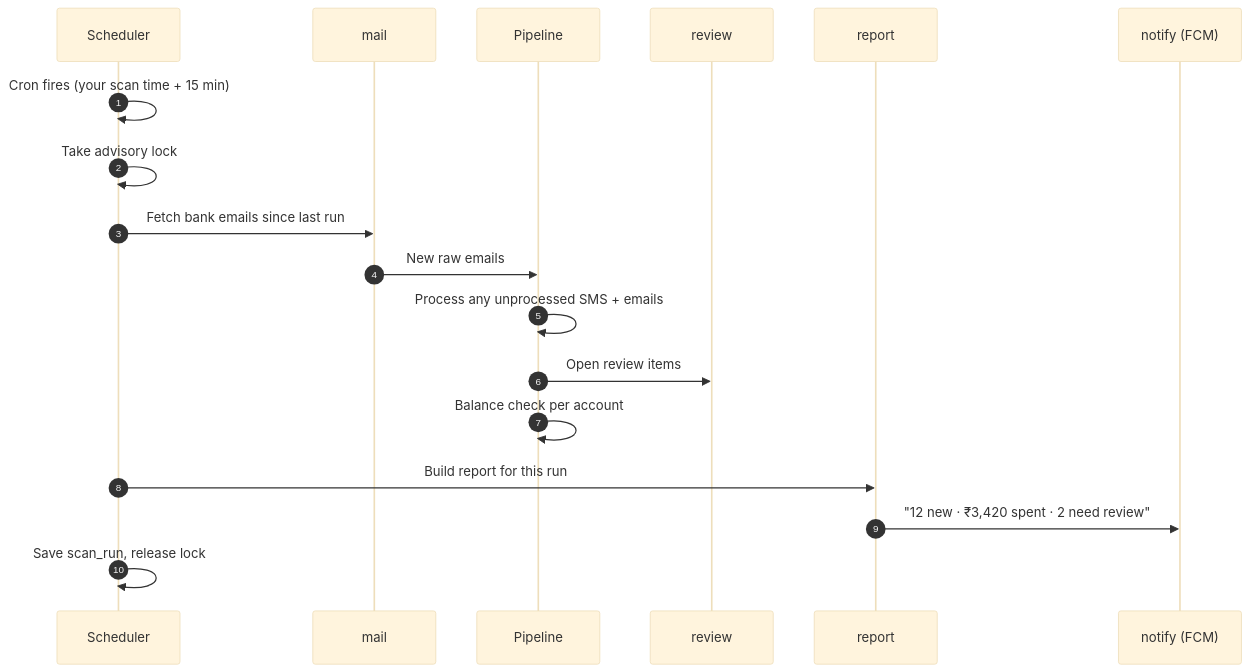
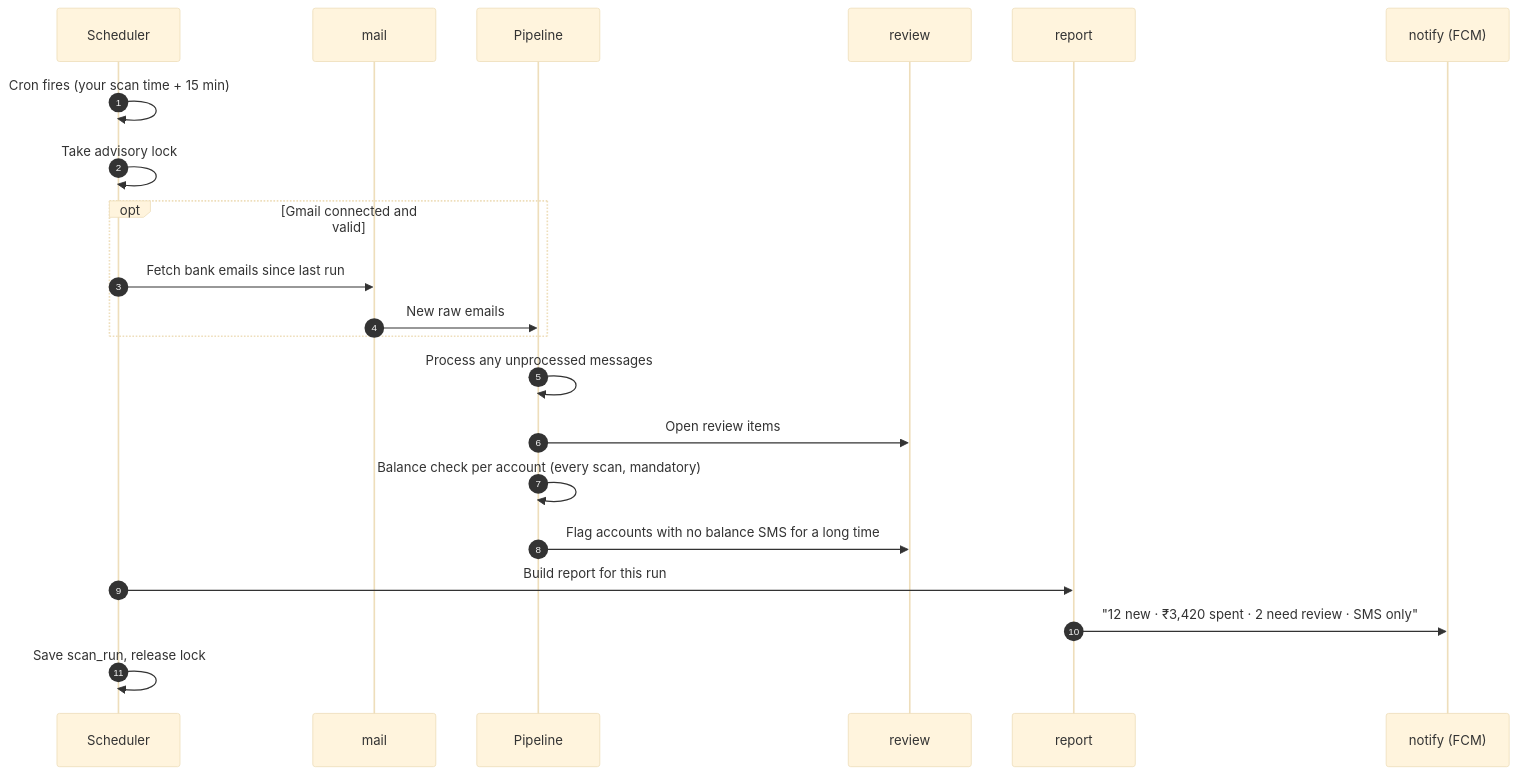
Before and after one commit to moonman369/hishaab: the diagram in docs/Hishaab-ai-diagrams/diagrams/09-daily-scan.mmd, drawn with Mermaid (base theme). The commit also changed 34 other files, not shown here.

First line of the commit message:
UPDATE HLD AND DIAGRAMS FOR OPTIONAL EMAIL CONNECTIVITY

```diff
--- a/docs/Hishaab-ai-diagrams/diagrams/09-daily-scan.mmd
+++ b/docs/Hishaab-ai-diagrams/diagrams/09-daily-scan.mmd
@@ -1,19 +1,22 @@
 sequenceDiagram
     autonumber
     participant S as Scheduler
     participant M as mail
     participant P as Pipeline
     participant Q as review
     participant R as report
     participant N as notify (FCM)
 
     S->>S: Cron fires (your scan time + 15 min)
     S->>S: Take advisory lock
-    S->>M: Fetch bank emails since last run
-    M->>P: New raw emails
-    P->>P: Process any unprocessed SMS + emails
+    opt Gmail connected and valid
+        S->>M: Fetch bank emails since last run
+        M->>P: New raw emails
+    end
+    P->>P: Process any unprocessed messages
     P->>Q: Open review items
-    P->>P: Balance check per account
+    P->>P: Balance check per account (every scan, mandatory)
+    P->>Q: Flag accounts with no balance SMS for a long time
     S->>R: Build report for this run
-    R->>N: "12 new · ₹3,420 spent · 2 need review"
+    R->>N: "12 new · ₹3,420 spent · 2 need review · SMS only"
     S->>S: Save scan_run, release lock
```
